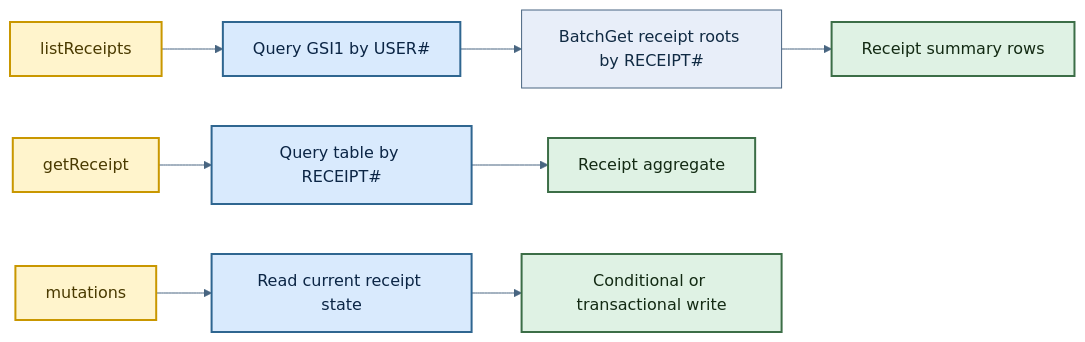
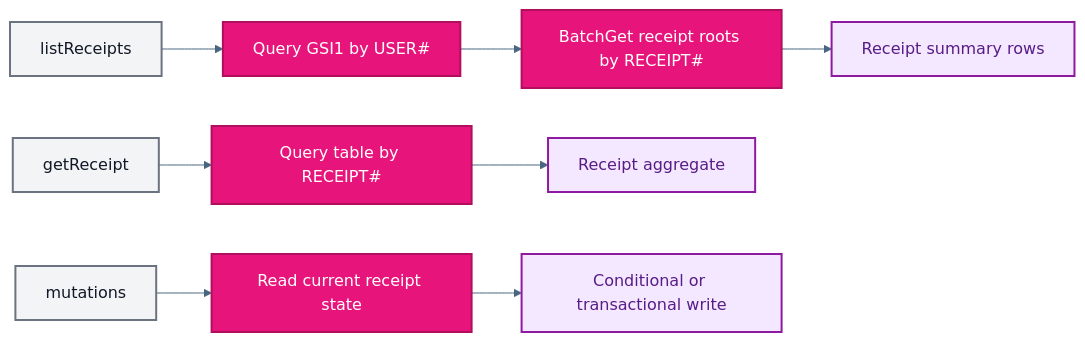
The fourth of 5 diagrams in infra/modules/receipt-api/README.md (reiganarmstrong/check-split-mono), drawn with Mermaid before and after one commit. The commit also changed other lines of this file and 9 other files, not shown here.

First line of the commit message:
docs(readme): align architecture diagrams and hosting docs

````diff
--- a/infra/modules/receipt-api/README.md
+++ b/infra/modules/receipt-api/README.md
@@ -173,31 +170,31 @@
 ```mermaid
 ---
 config:
   theme: base
   themeVariables:
     primaryColor: "#E8EEF9"
     primaryTextColor: "#102A43"
     primaryBorderColor: "#486581"
     lineColor: "#486581"
     secondaryColor: "#E6F4EA"
     tertiaryColor: "#FFF4CC"
 ---
 flowchart LR
   L1["listReceipts"] --> Q1["Query GSI1 by USER#<ctx.identity.sub>"]
   Q1 --> Q1B["BatchGet receipt roots by RECEIPT#<receipt_id>"]
   Q1B --> O1["Receipt summary rows"]
 
   L2["getReceipt"] --> Q2["Query table by RECEIPT#<receipt_id>"]
   Q2 --> O2["Receipt aggregate"]
 
   L3["mutations"] --> Q3["Read current receipt state"]
   Q3 --> O3["Conditional or transactional write"]
 
-  classDef query fill:#D9EAFD,stroke:#2F6690,color:#0B2545,stroke-width:2px;
-  classDef access fill:#FFF4CC,stroke:#C99700,color:#4A3A00,stroke-width:2px;
-  classDef result fill:#DFF2E4,stroke:#3C6E47,color:#132A13,stroke-width:2px;
+  classDef query fill:#E7157B,stroke:#B10F5E,color:#FFFFFF,stroke-width:2px;
+  classDef access fill:#F3F4F6,stroke:#6B7280,color:#111827,stroke-width:2px;
+  classDef result fill:#F3E8FF,stroke:#8E1AA1,color:#581C87,stroke-width:2px;
 
   class L1,L2,L3 access;
-  class Q1,Q2,Q3 query;
+  class Q1,Q1B,Q2,Q3 query;
   class O1,O2,O3 result;
 ```
````
